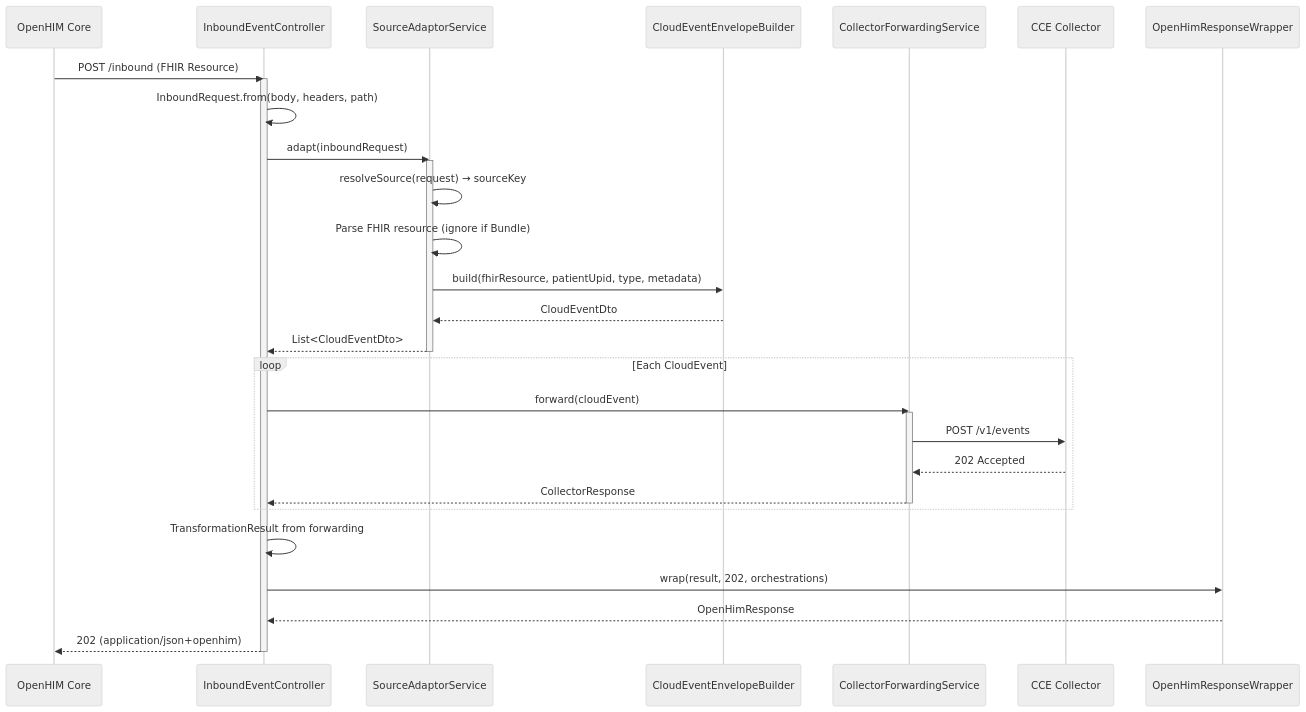
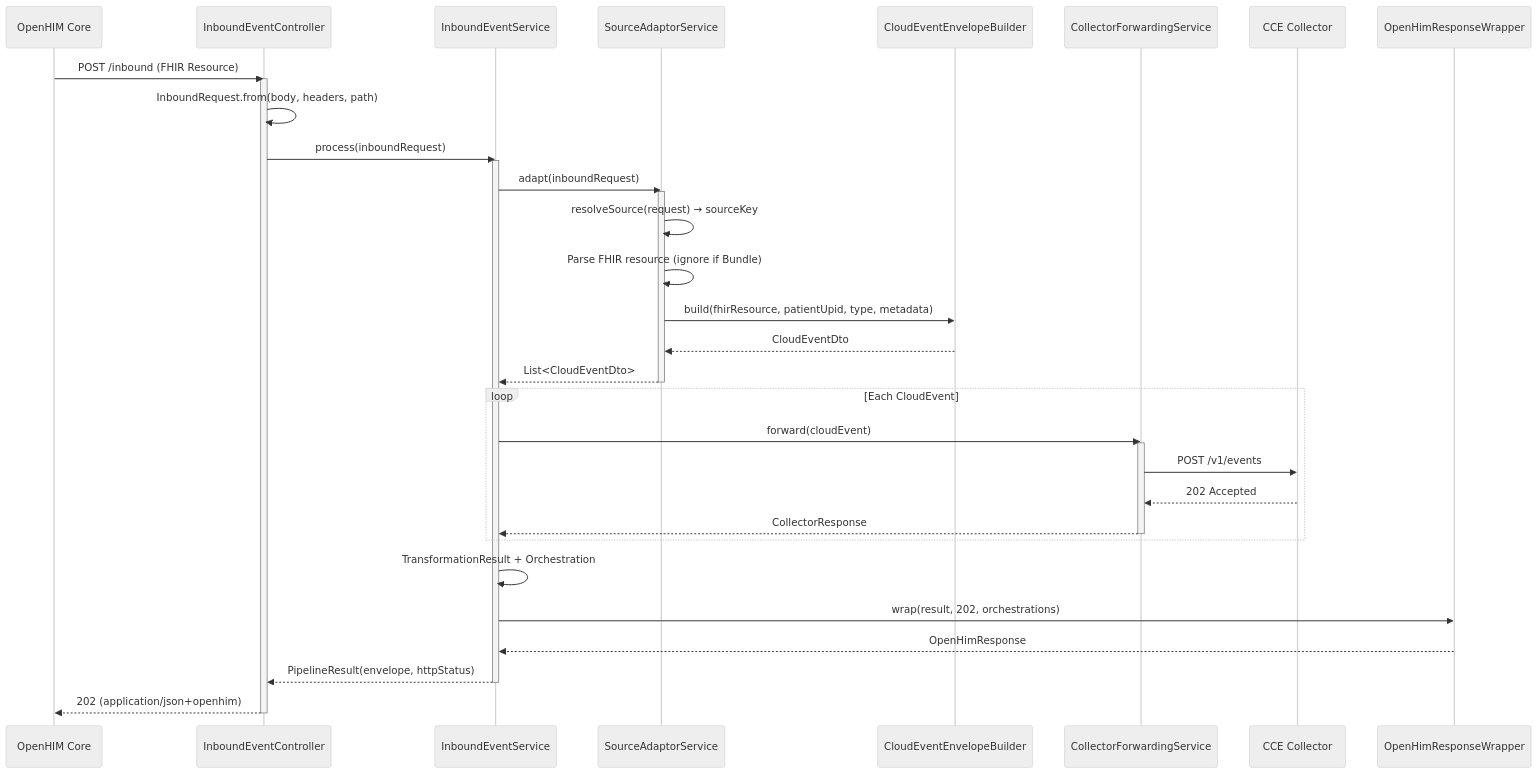
Before and after one commit to Jayaprakash8887/openhim-cce-emitter-adaptor: the second of 8 diagrams in docs/flow-diagrams.md, drawn with Mermaid (neutral theme). The commit also changed other lines of this file and 2 other files, not shown here.

Commit message:
Feat #CCE-89: Services and Controller Review comment update

````diff
--- a/docs/flow-diagrams.md
+++ b/docs/flow-diagrams.md
@@ -47,40 +47,47 @@
 ```mermaid
 sequenceDiagram
     participant OHC as OpenHIM Core
     participant Ctrl as InboundEventController
+    participant EvtSvc as InboundEventService
     participant Svc as SourceAdaptorService
     participant CE as CloudEventEnvelopeBuilder
     participant Fwd as CollectorForwardingService
     participant Col as CCE Collector
     participant Wrap as OpenHimResponseWrapper
 
     OHC->>Ctrl: POST /inbound (FHIR Resource)
     activate Ctrl
 
     Ctrl->>Ctrl: InboundRequest.from(body, headers, path)
 
-    Ctrl->>Svc: adapt(inboundRequest)
+    Ctrl->>EvtSvc: process(inboundRequest)
+    activate EvtSvc
+
+    EvtSvc->>Svc: adapt(inboundRequest)
     activate Svc
     Svc->>Svc: resolveSource(request) → sourceKey
     Svc->>Svc: Parse FHIR resource (ignore if Bundle)
     Svc->>CE: build(fhirResource, patientUpid, type, metadata)
     CE-->>Svc: CloudEventDto
-    Svc-->>Ctrl: List<CloudEventDto>
+    Svc-->>EvtSvc: List<CloudEventDto>
     deactivate Svc
 
     loop Each CloudEvent
-        Ctrl->>Fwd: forward(cloudEvent)
+        EvtSvc->>Fwd: forward(cloudEvent)
         activate Fwd
         Fwd->>Col: POST /v1/events
         Col-->>Fwd: 202 Accepted
-        Fwd-->>Ctrl: CollectorResponse
+        Fwd-->>EvtSvc: CollectorResponse
         deactivate Fwd
     end
 
-    Ctrl->>Ctrl: TransformationResult from forwarding
-    Ctrl->>Wrap: wrap(result, 202, orchestrations)
-    Wrap-->>Ctrl: OpenHimResponse
+    EvtSvc->>EvtSvc: TransformationResult + Orchestration
+    EvtSvc->>Wrap: wrap(result, 202, orchestrations)
+    Wrap-->>EvtSvc: OpenHimResponse
+
+    EvtSvc-->>Ctrl: PipelineResult(envelope, httpStatus)
+    deactivate EvtSvc
 
     Ctrl-->>OHC: 202 (application/json+openhim)
     deactivate Ctrl
 ```
````
